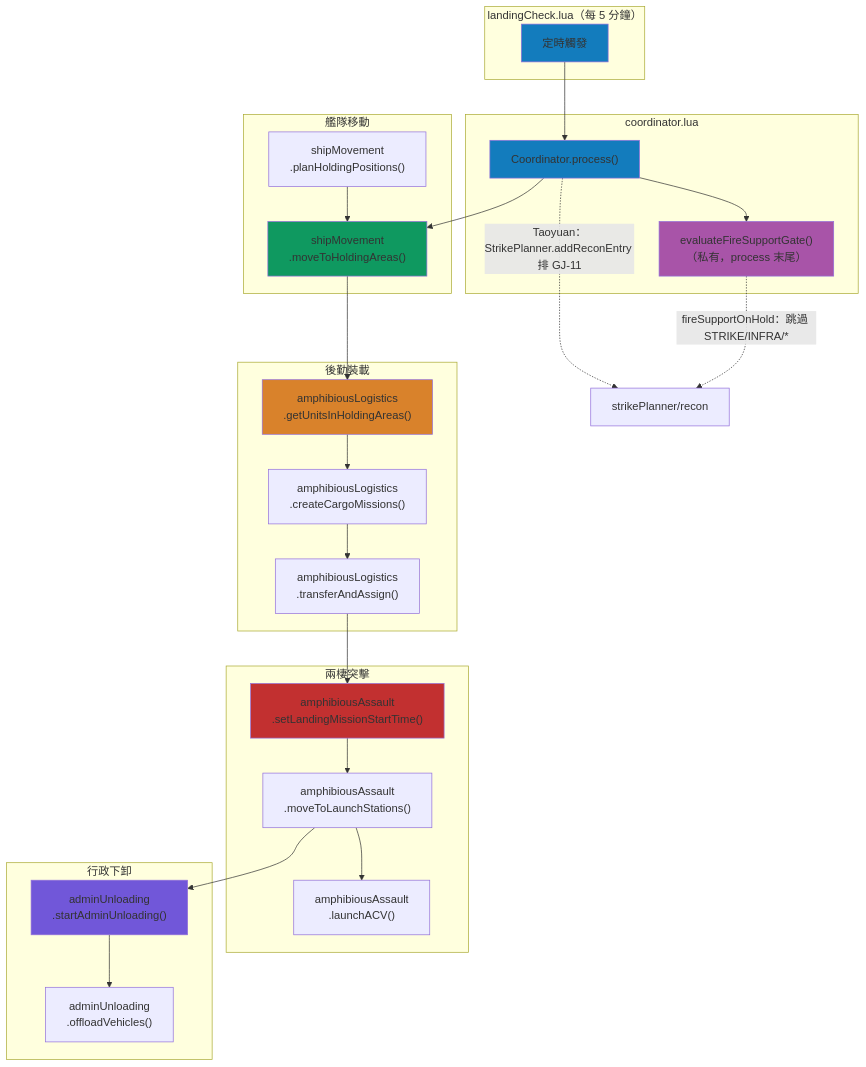
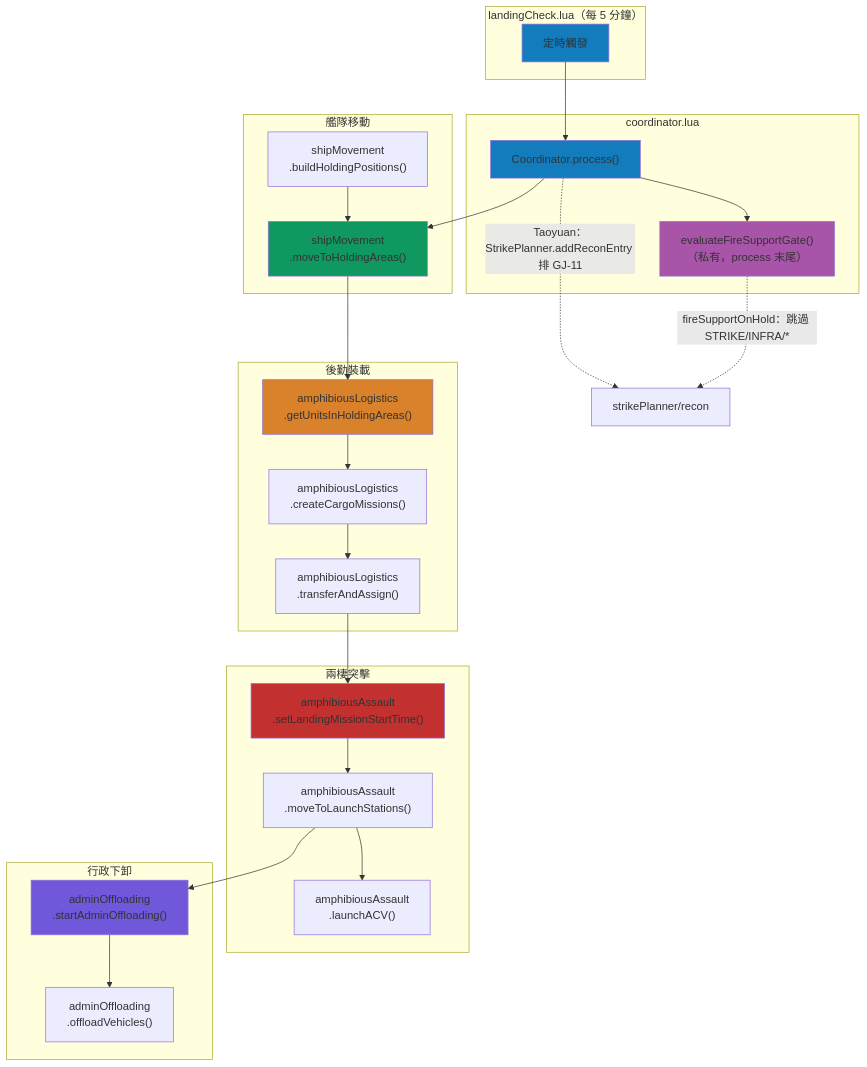
The first of 3 diagrams in docs/landingOps/README.md (pullupjumper/formosa-in-flames), drawn with Mermaid before and after one commit. The commit also changed other lines of this file and 46 other files, not shown here.

First line of the commit message:
refactor(landingOps): rename unloading to offloading and tidy landingOps naming

````diff
--- a/docs/landingOps/README.md
+++ b/docs/landingOps/README.md
@@ -63,53 +63,53 @@
 ```mermaid
 flowchart TB
     subgraph 觸發器["landingCheck.lua（每 5 分鐘）"]
         TRIGGER[定時觸發]
     end
 
     subgraph 編排層["coordinator.lua"]
         COORD["Coordinator.process()"]
         GATE["evaluateFireSupportGate()<br>（私有，process 末尾）"]
     end
 
     subgraph 階段一["艦隊移動"]
         SM["shipMovement<br>.moveToHoldingAreas()"]
-        CALC["shipMovement<br>.planHoldingPositions()"]
+        CALC["shipMovement<br>.buildHoldingPositions()"]
     end
 
     subgraph 階段二["後勤裝載"]
         AL_GET["amphibiousLogistics<br>.getUnitsInHoldingAreas()"]
         AL_CREATE["amphibiousLogistics<br>.createCargoMissions()"]
         AL_TRANSFER["amphibiousLogistics<br>.transferAndAssign()"]
     end
 
     subgraph 階段三["兩棲突擊"]
         AA_TIME["amphibiousAssault<br>.setLandingMissionStartTime()"]
         AA_COURSE["amphibiousAssault<br>.moveToLaunchStations()"]
         AA_ACV["amphibiousAssault<br>.launchACV()"]
     end
 
     subgraph 階段四["行政下卸"]
-        SW_START["adminUnloading<br>.startAdminUnloading()"]
-        SW_OFFLOAD["adminUnloading<br>.offloadVehicles()"]
+        SW_START["adminOffloading<br>.startAdminOffloading()"]
+        SW_OFFLOAD["adminOffloading<br>.offloadVehicles()"]
     end
 
     TRIGGER --> COORD
     COORD --> SM
     CALC --> SM
     SM --> AL_GET
     AL_GET --> AL_CREATE --> AL_TRANSFER
     AL_TRANSFER --> AA_TIME --> AA_COURSE
     AA_COURSE --> AA_ACV
     AA_COURSE --> SW_START --> SW_OFFLOAD
     COORD --> GATE
     COORD -.->|Taoyuan：StrikePlanner.addReconEntry 排 GJ-11| RECON["strikePlanner/recon"]
     GATE -.->|fireSupportOnHold：跳過 STRIKE/INFRA/*| RECON
 
     style TRIGGER fill:#137cbd
     style COORD fill:#137cbd
     style GATE fill:#a854a8
     style SM fill:#0f9960
     style AL_GET fill:#d9822b
     style AA_TIME fill:#c23030
     style SW_START fill:#7157d9
 ```
````
